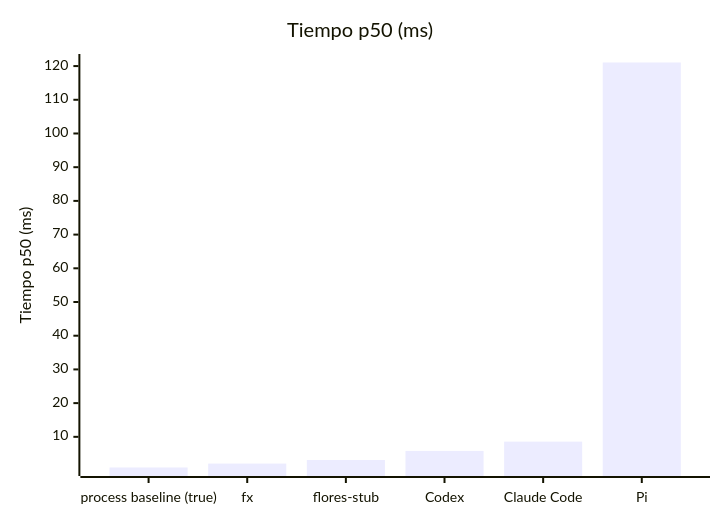
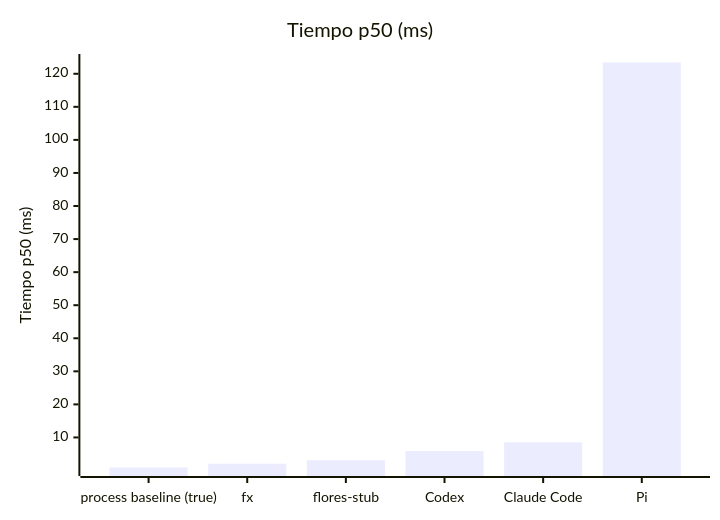
The third of 3 diagrams in benchmarks/published/README.md (sfloresone/flores), drawn with Mermaid before and after one commit. The commit also changed other lines of this file and 53 other files, not shown here.

````diff
--- a/benchmarks/published/README.md
+++ b/benchmarks/published/README.md
@@ -54,7 +98,7 @@
 ```mermaid
 xychart-beta
     title "Tiempo p50 (ms)"
     x-axis ["process baseline (true)", "fx", "flores-stub", "Codex", "Claude Code", "Pi"]
     y-axis "Tiempo p50 (ms)"
-    bar [0.90, 2.06, 3.12, 5.81, 8.58, 121.06]
+    bar [0.91, 2.07, 3.13, 5.91, 8.54, 123.41]
 ```
````
